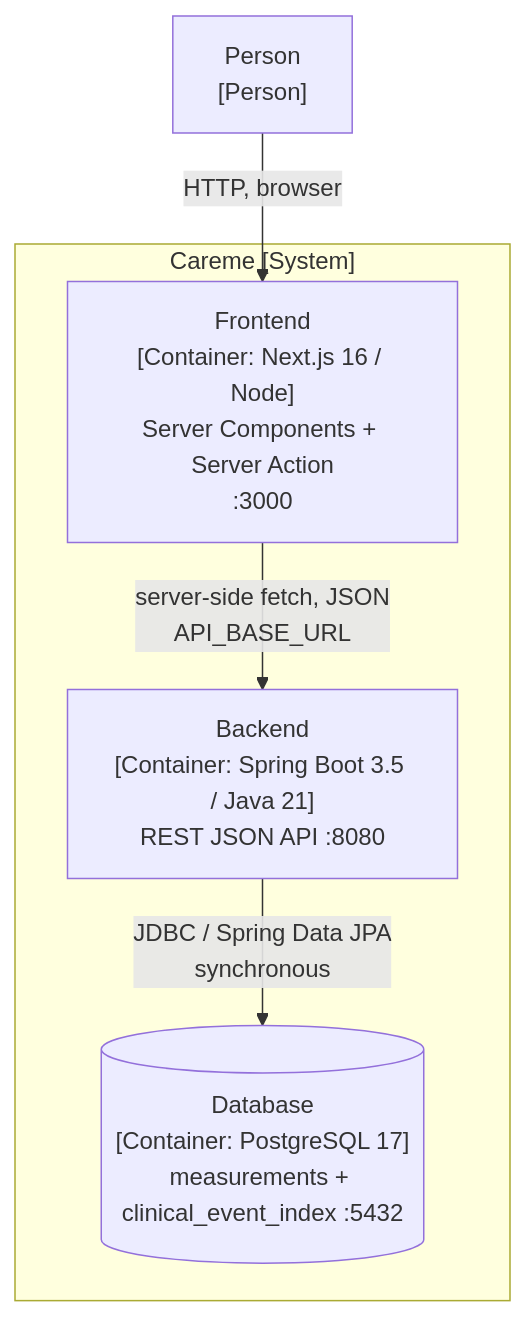
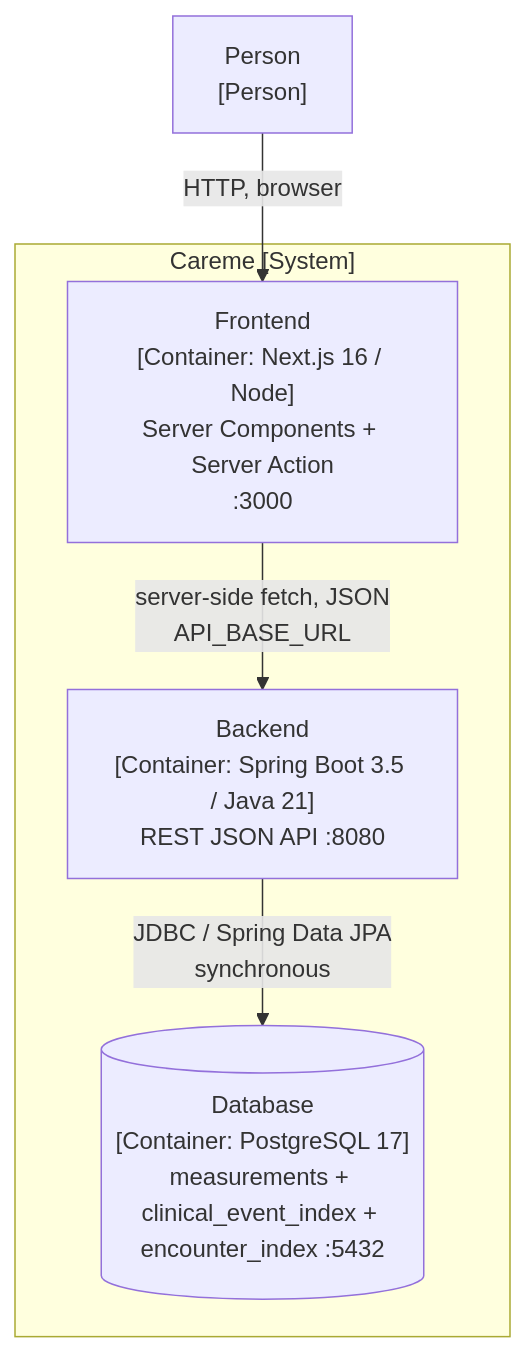
Before and after one commit to devmauriciopineda/careme: the second of 4 diagrams in docs/architecture.md, drawn with Mermaid. The commit also changed other lines of this file and 104 other files, not shown here.

````diff
--- a/docs/architecture.md
+++ b/docs/architecture.md
@@ -122,12 +126,12 @@
 ```mermaid
 flowchart TB
     person["Person<br/>[Person]"]
     subgraph careme["Careme [System]"]
         fe["Frontend<br/>[Container: Next.js 16 / Node]<br/>Server Components + Server Action<br/>:3000"]
         be["Backend<br/>[Container: Spring Boot 3.5 / Java 21]<br/>REST JSON API :8080"]
-        db[("Database<br/>[Container: PostgreSQL 17]<br/>measurements + clinical_event_index :5432")]
+        db[("Database<br/>[Container: PostgreSQL 17]<br/>measurements + clinical_event_index + encounter_index :5432")]
     end
     person -->|"HTTP, browser"| fe
     fe -->|"server-side fetch, JSON<br/>API_BASE_URL"| be
     be -->|"JDBC / Spring Data JPA<br/>synchronous"| db
 ```
````
